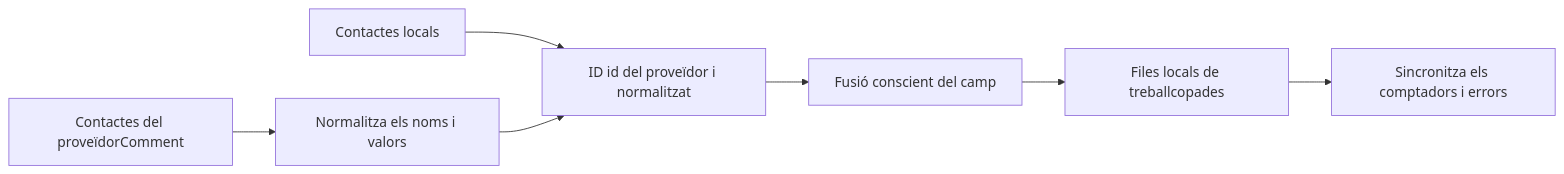
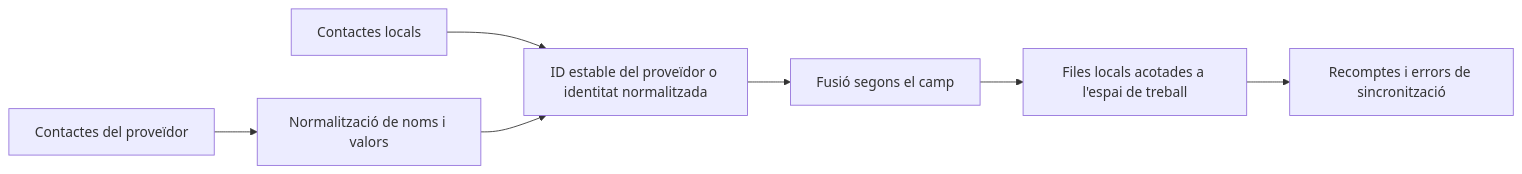
Before and after one commit to ismigar/Gnosi: the diagram in docs/engineering-ca/domains/contacts.md, drawn with Mermaid. The commit also changed other lines of this file and 96 other files, not shown here.

````diff
--- a/docs/engineering-ca/domains/contacts.md
+++ b/docs/engineering-ca/domains/contacts.md
@@ -40,9 +60,9 @@
 ```mermaid
 flowchart LR
-    Remote["Contactes del proveïdorComment"] --> Normalize["Normalitza els noms i valors"]
-    Local["Contactes locals"] --> Match["ID id del proveïdor i normalitzat"]
+    Remote["Contactes del proveïdor"] --> Normalize["Normalització de noms i valors"]
+    Local["Contactes locals"] --> Match["ID estable del proveïdor o identitat normalitzada"]
     Normalize --> Match
-    Match --> Merge["Fusió conscient del camp"]
-    Merge --> Persist["Files locals de treballcopades"]
-    Persist --> Status["Sincronitza els comptadors i errors"]
+    Match --> Merge["Fusió segons el camp"]
+    Merge --> Persist["Files locals acotades a l'espai de treball"]
+    Persist --> Status["Recomptes i errors de sincronització"]
 ```
````
